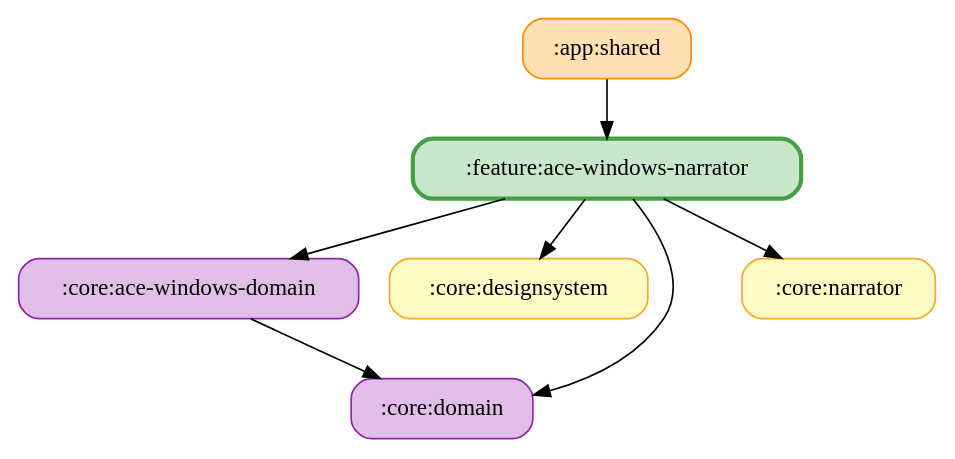
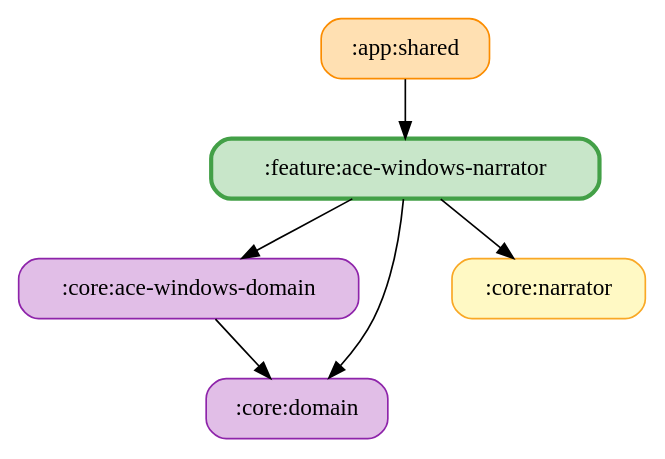
The diagram in docs/graphs/feature-ace-windows-narrator.gv (ai-kurou/KoDriver), drawn with Graphviz before and after one commit. The commit also changed 7 other files, not shown here.

Commit message:
chore: update module graph images

```diff
--- a/docs/graphs/feature-ace-windows-narrator.gv
+++ b/docs/graphs/feature-ace-windows-narrator.gv
@@ -1,16 +1,14 @@
 digraph G {
   rankdir=TB
   node [shape=box, style="rounded,filled"]
   ":app:shared" [fillcolor="#FFE0B2", color="#FB8C00", penwidth=1]
   ":core:ace-windows-domain" [fillcolor="#E1BEE7", color="#8E24AA", penwidth=1]
-  ":core:designsystem" [fillcolor="#FFF9C4", color="#F9A825", penwidth=1]
   ":core:domain" [fillcolor="#E1BEE7", color="#8E24AA", penwidth=1]
   ":core:narrator" [fillcolor="#FFF9C4", color="#F9A825", penwidth=1]
   ":feature:ace-windows-narrator" [fillcolor="#C8E6C9", color="#43A047", penwidth=2.5]
   ":app:shared" -> ":feature:ace-windows-narrator"
   ":core:ace-windows-domain" -> ":core:domain"
   ":feature:ace-windows-narrator" -> ":core:domain"
   ":feature:ace-windows-narrator" -> ":core:ace-windows-domain"
-  ":feature:ace-windows-narrator" -> ":core:designsystem"
   ":feature:ace-windows-narrator" -> ":core:narrator"
 }
```
